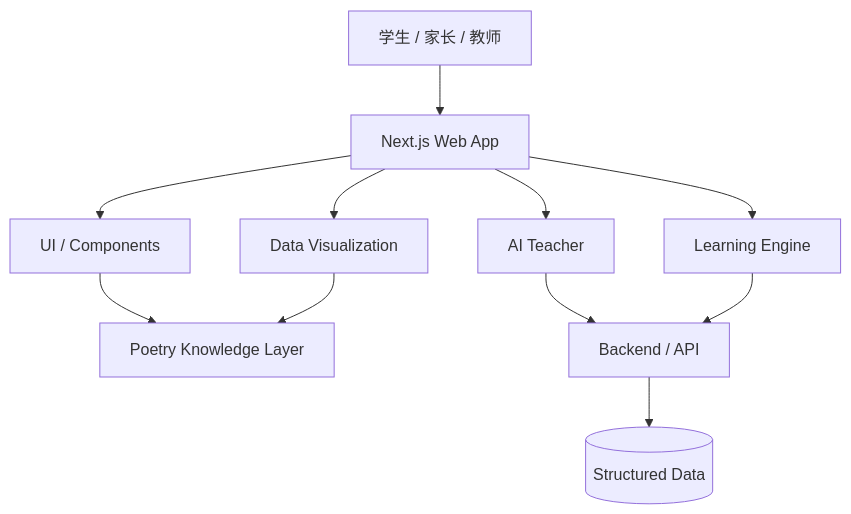
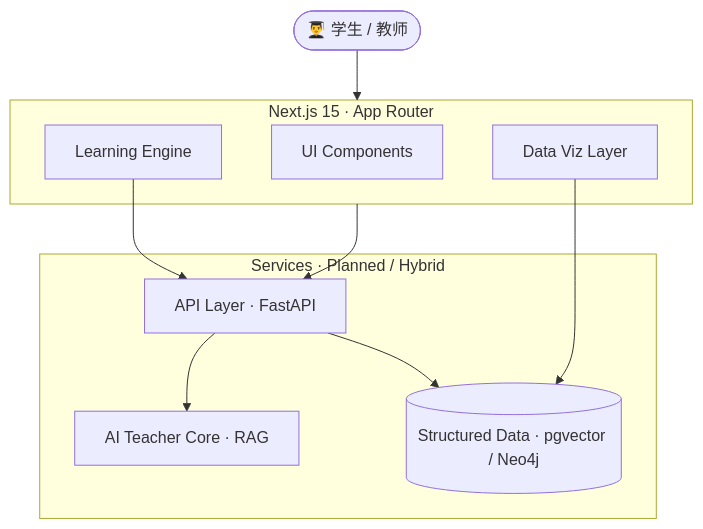
Before and after one commit to Aventardo7777/TangRhythm: the second of 2 diagrams in README.md, drawn with Mermaid. The commit also changed other lines of this file, not shown here.

````diff
--- a/README.md
+++ b/README.md
@@ -278,23 +187,23 @@
 ```mermaid
 flowchart TB
-    U[学生 / 家长 / 教师]
-    WEB[Next.js Web App]
-    UI[UI / Components]
-    DATA[Poetry Knowledge Layer]
-    VIZ[Data Visualization]
-    AI[AI Teacher]
-    LEARN[Learning Engine]
-    API[Backend / API]
-    DB[(Structured Data)]
+    User([👨‍🎓 学生 / 教师])
 
-    U --> WEB
-    WEB --> UI
-    WEB --> VIZ
-    WEB --> AI
-    WEB --> LEARN
-    UI --> DATA
-    VIZ --> DATA
-    AI --> API
-    LEARN --> API
+    subgraph Frontend[Next.js 15 · App Router]
+        UI[UI Components]
+        Viz[Data Viz Layer]
+        Learn[Learning Engine]
+    end
+
+    subgraph Backend[Services · Planned / Hybrid]
+        API[API Layer · FastAPI]
+        AI[AI Teacher Core · RAG]
+        DB[(Structured Data · pgvector / Neo4j)]
+    end
+
+    User --> Frontend
+    Frontend --> API
+    API --> AI
     API --> DB
+    Viz --> DB
+    Learn --> API
 ```
````
